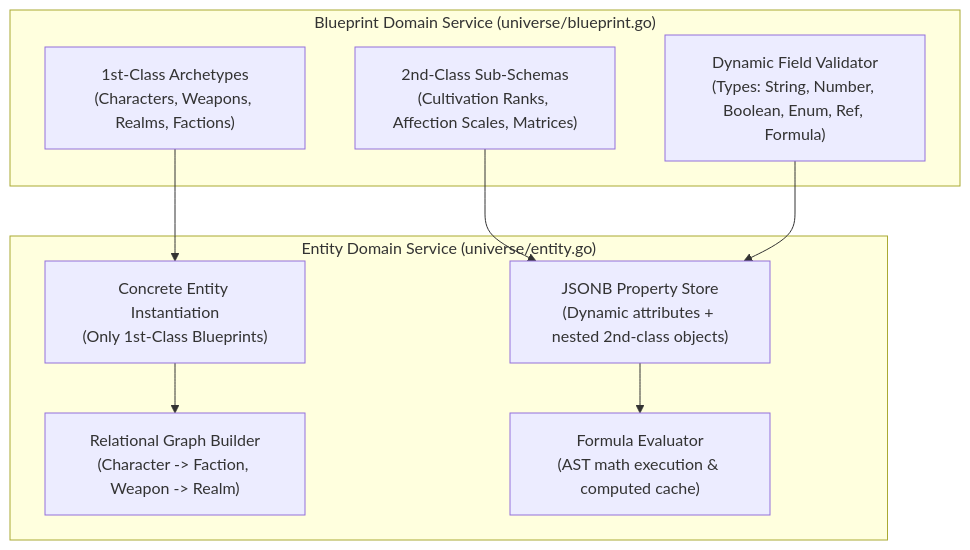
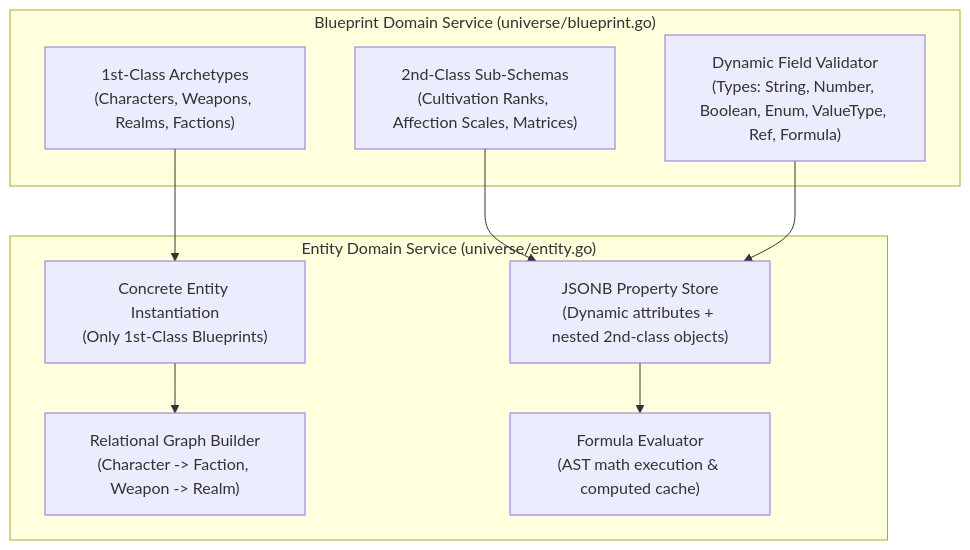
One commit to Yogesh-Kumar-Mallik-dev/NovWrite changed the second of 3 diagrams in docs/BACKEND_ARCHITECTURE.md. Above: the diagram before and after it, drawn with Mermaid. The commit also changed other lines of this file and 20 other files, not shown here.

Commit message:
feat(schema): separate pure ENUM string categories and weighted VALUE_TYPE across full stack, redis, and docs

````diff
--- a/docs/BACKEND_ARCHITECTURE.md
+++ b/docs/BACKEND_ARCHITECTURE.md
@@ -128,21 +128,21 @@
 ```mermaid
 flowchart TD
     subgraph BlueprintService ["Blueprint Domain Service (universe/blueprint.go)"]
         BP1["1st-Class Archetypes<br/>(Characters, Weapons, Realms, Factions)"]
         BP2["2nd-Class Sub-Schemas<br/>(Cultivation Ranks, Affection Scales, Matrices)"]
-        BP3["Dynamic Field Validator<br/>(Types: String, Number, Boolean, Enum, Ref, Formula)"]
+        BP3["Dynamic Field Validator<br/>(Types: String, Number, Boolean, Enum, ValueType, Ref, Formula)"]
     end
 
     subgraph EntityService ["Entity Domain Service (universe/entity.go)"]
         E1["Concrete Entity Instantiation<br/>(Only 1st-Class Blueprints)"]
         E2["Relational Graph Builder<br/>(Character -> Faction, Weapon -> Realm)"]
         E3["JSONB Property Store<br/>(Dynamic attributes + nested 2nd-class objects)"]
         E4["Formula Evaluator<br/>(AST math execution & computed cache)"]
     end
 
     BP1 --> E1
     BP2 --> E3
     BP3 --> E3
     E3 --> E4
     E1 --> E2
 ```
````
